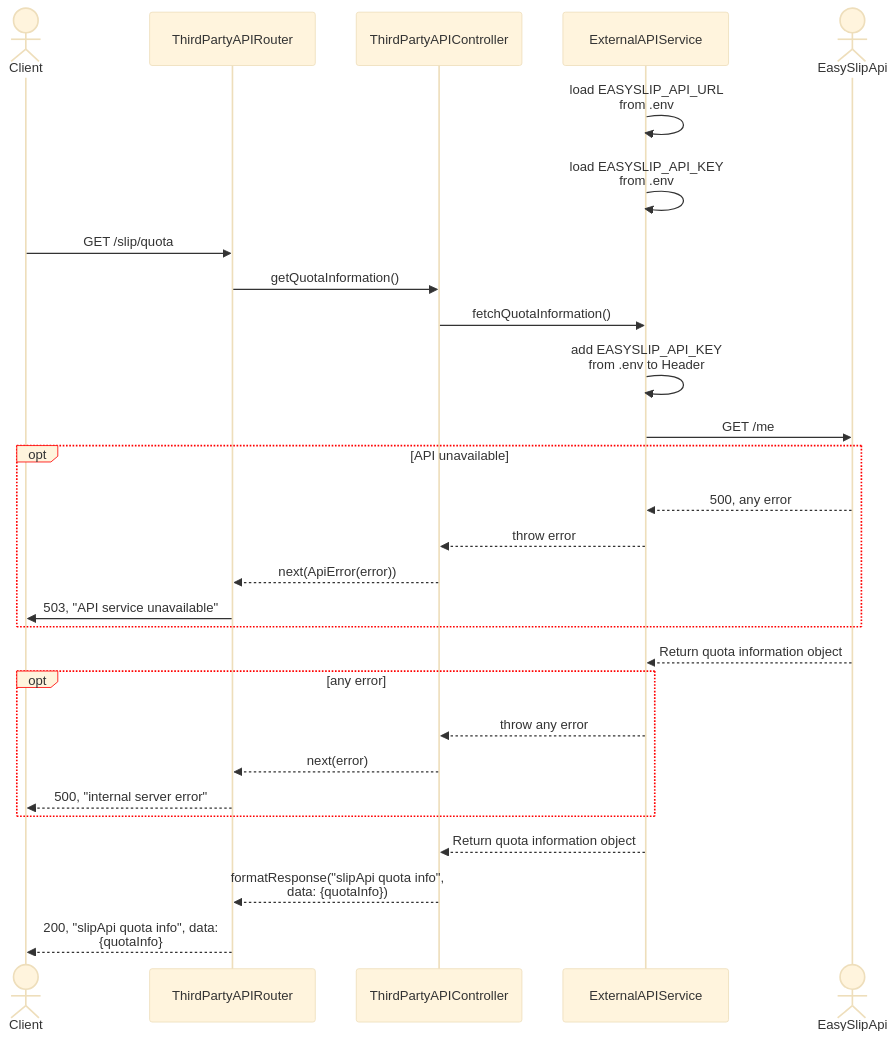
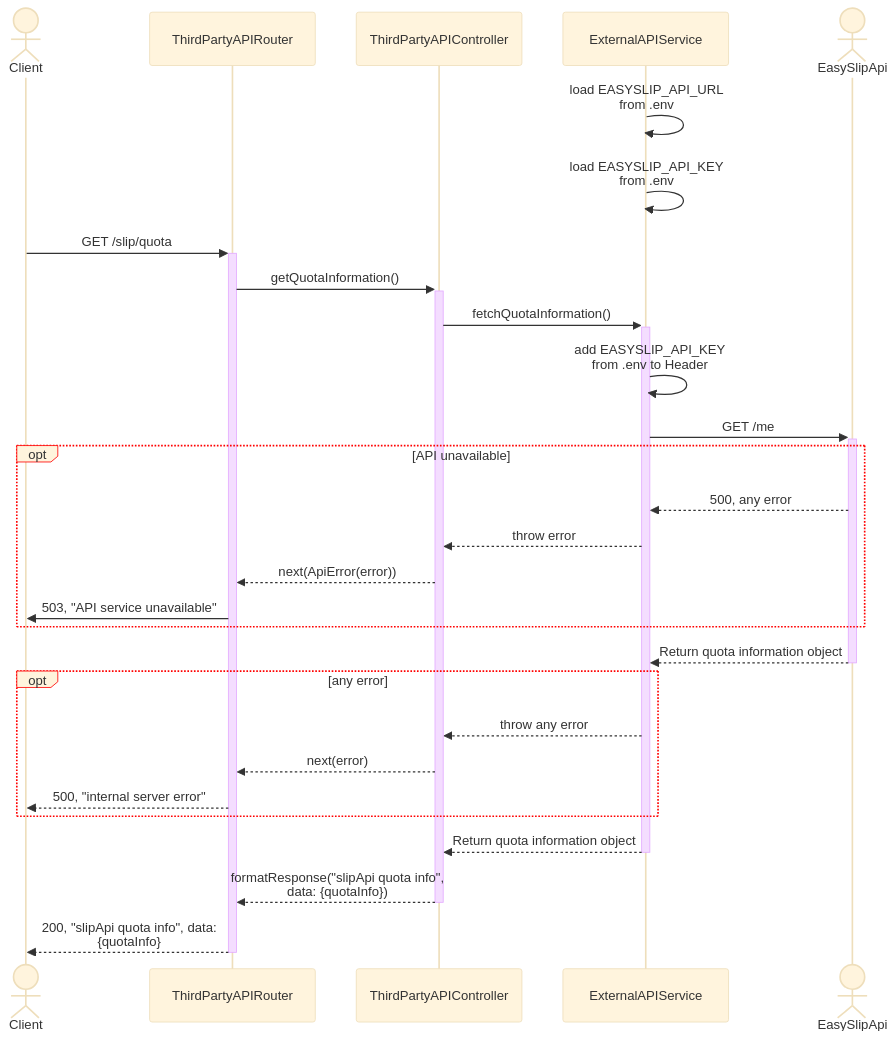
One commit to SawatKia/WealthTracking changed the diagram in design/api/QuotaCheck.mmd. Above: the diagram before and after it, drawn with Mermaid. The commit also changed 1 other file, not shown here.

```diff
--- a/design/api/QuotaCheck.mmd
+++ b/design/api/QuotaCheck.mmd
@@ -1,47 +1,47 @@
 %%{
     init: {
         "theme":"base",
         "themeVariables": {
             "fontFamily": "system-ui",
             'labelBoxBorderColor': '#ff0000'
         },
         "sequence": { 
             "wrap": true, 
             "width": 202 
         } 
     }
 }%%
 sequenceDiagram
     Actor Client
     participant Router as ThirdPartyAPIRouter
     participant Cont as ThirdPartyAPIController
     participant ApiClient as ExternalAPIService
     Actor Api as EasySlipApi
     %% EASYSLIP_API document = "https://developer.easyslip.com/document"
 
     %% add EASYSLIP_API_URL = "https://developer.easyslip.com/api/v1"<br>to .env
     %% add EASYSLIP_API_KEY from Easy api to .env
     
     ApiClient->>ApiClient: load EASYSLIP_API_URL from .env
     ApiClient->>ApiClient: load EASYSLIP_API_KEY from .env
 
-    Client->>Router: GET /slip/quota
-    Router->>Cont: getQuotaInformation()
-    Cont->>ApiClient: fetchQuotaInformation()
+    Client->>+Router: GET /slip/quota
+    Router->>+Cont: getQuotaInformation()
+    Cont->>+ApiClient: fetchQuotaInformation()
     ApiClient->>ApiClient: add EASYSLIP_API_KEY from .env to Header
-    ApiClient->>Api: GET /me
+    ApiClient->>+Api: GET /me
     opt API unavailable
         Api-->>ApiClient: 500, any error
         ApiClient-->>Cont: throw error 
         Cont-->>Router: next(ApiError(error)) 
         Router->>Client: 503, "API service unavailable"
     end
-    Api-->>ApiClient: Return quota information object
+    Api-->>-ApiClient: Return quota information object
     opt any error
         ApiClient-->>Cont: throw any error
         Cont-->>Router: next(error)
         Router-->>Client: 500, "internal server error"
     end
-    ApiClient-->>Cont: Return quota information object
-    Cont-->>Router: formatResponse("slipApi quota info", data: {quotaInfo})
-    Router-->>Client: 200, "slipApi quota info", data: {quotaInfo}
+    ApiClient-->>-Cont: Return quota information object
+    Cont-->>-Router: formatResponse("slipApi quota info", data: {quotaInfo})
+    Router-->>-Client: 200, "slipApi quota info", data: {quotaInfo}
```
